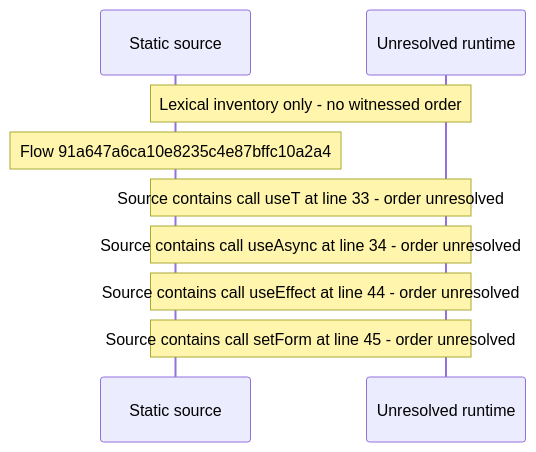
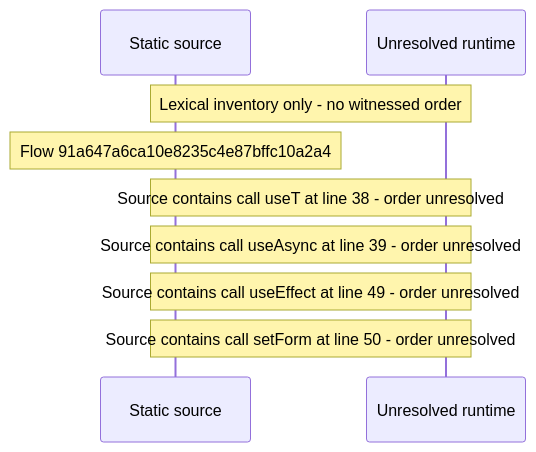
One commit to beamfall/core changed the diagram in docs/web/flows/generated/91a647a6ca10e8235c4e87bffc10a2a4/flow-diagram.md. Above: the diagram before and after it, drawn with Mermaid. The commit also changed other lines of this file and 714 other files, not shown here.

Commit message:
Regenerate the web flow record on the batch 5 head (CORE-1762)

````diff
--- a/docs/web/flows/generated/91a647a6ca10e8235c4e87bffc10a2a4/flow-diagram.md
+++ b/docs/web/flows/generated/91a647a6ca10e8235c4e87bffc10a2a4/flow-diagram.md
@@ -10,11 +10,11 @@
 ```mermaid
 sequenceDiagram
     participant S as Static source
     participant U as Unresolved runtime
     Note over S,U: Lexical inventory only - no witnessed order
     Note over S: Flow 91a647a6ca10e8235c4e87bffc10a2a4
-    Note over S,U: Source contains call useT at line 33 - order unresolved
-    Note over S,U: Source contains call useAsync at line 34 - order unresolved
-    Note over S,U: Source contains call useEffect at line 44 - order unresolved
-    Note over S,U: Source contains call setForm at line 45 - order unresolved
+    Note over S,U: Source contains call useT at line 38 - order unresolved
+    Note over S,U: Source contains call useAsync at line 39 - order unresolved
+    Note over S,U: Source contains call useEffect at line 49 - order unresolved
+    Note over S,U: Source contains call setForm at line 50 - order unresolved
 ```
````
